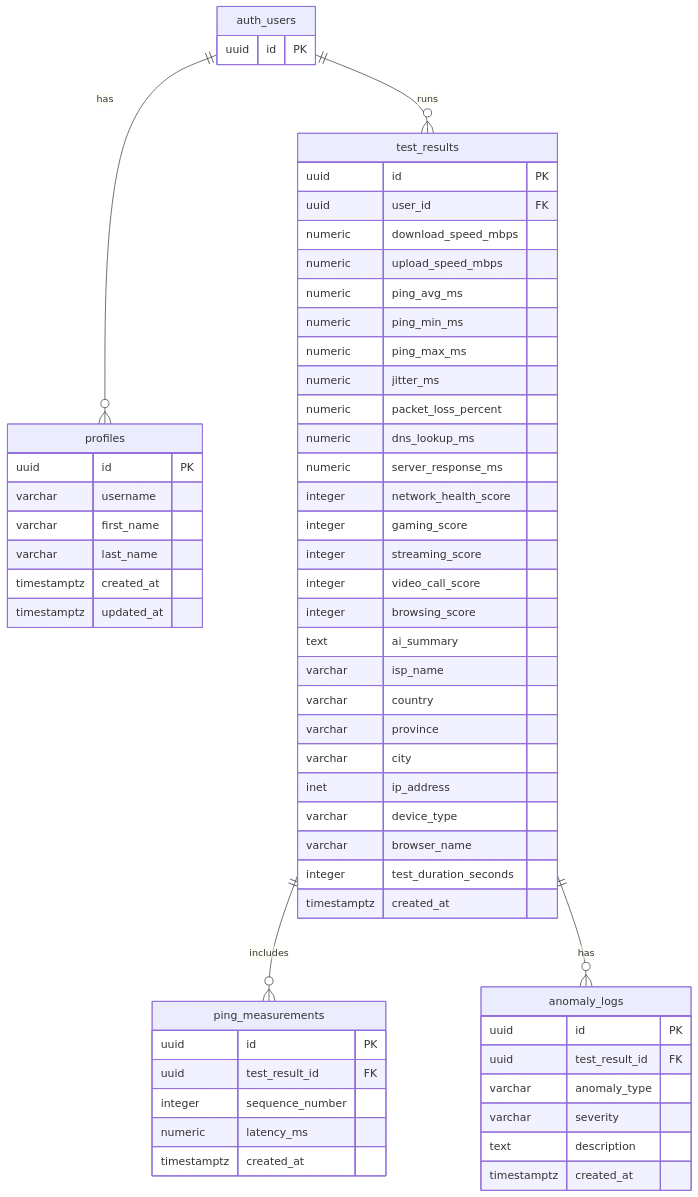
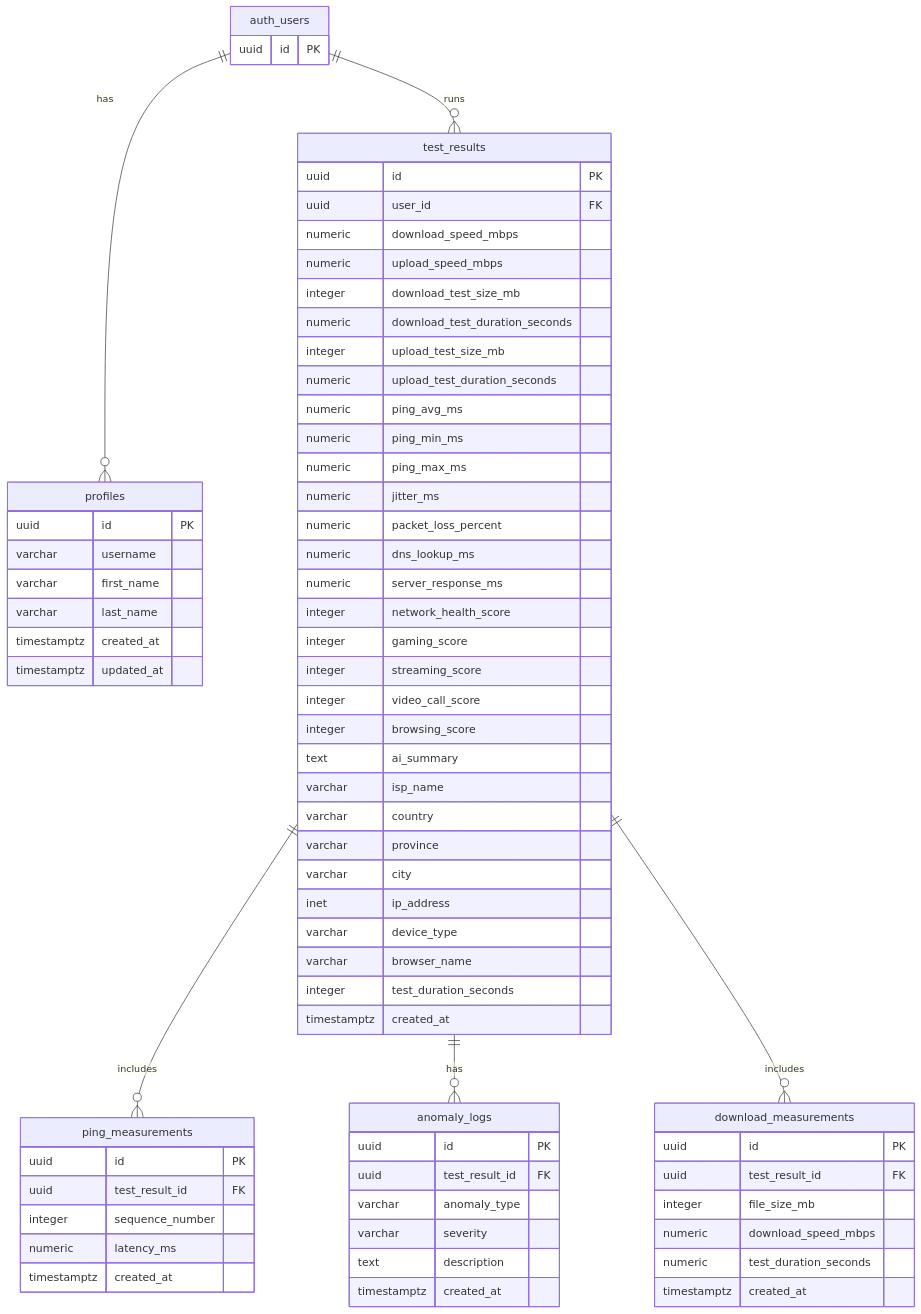
The diagram in server/src/docs/phase_one_schema.md (ClementPhoshoko/AI-Powered-CyberSecure-Network-Dashboard-for-ISP-Insights), drawn with Mermaid before and after one commit. The commit also changed 7 other files, not shown here.

First line of the commit message:
feat(speed-test): add download speed test API and backend logic

````diff
--- a/server/src/docs/phase_one_schema.md
+++ b/server/src/docs/phase_one_schema.md
@@ -3,66 +3,80 @@
 ```mermaid
 erDiagram
     auth_users ||--o{ profiles : "has"
     auth_users ||--o{ test_results : "runs"
     test_results ||--o{ ping_measurements : "includes"
     test_results ||--o{ anomaly_logs : "has"
+    test_results ||--o{ download_measurements : "includes"
 
     auth_users {
         uuid id PK
     }
 
     profiles {
         uuid id PK
         varchar username
         varchar first_name
         varchar last_name
         timestamptz created_at
         timestamptz updated_at
     }
 
     test_results {
         uuid id PK
         uuid user_id FK
         numeric download_speed_mbps
         numeric upload_speed_mbps
+        integer download_test_size_mb
+        numeric download_test_duration_seconds
+        integer upload_test_size_mb
+        numeric upload_test_duration_seconds
         numeric ping_avg_ms
         numeric ping_min_ms
         numeric ping_max_ms
         numeric jitter_ms
         numeric packet_loss_percent
         numeric dns_lookup_ms
         numeric server_response_ms
         integer network_health_score
         integer gaming_score
         integer streaming_score
         integer video_call_score
         integer browsing_score
         text ai_summary
         varchar isp_name
         varchar country
         varchar province
         varchar city
         inet ip_address
         varchar device_type
         varchar browser_name
         integer test_duration_seconds
         timestamptz created_at
     }
 
     ping_measurements {
         uuid id PK
         uuid test_result_id FK
         integer sequence_number
         numeric latency_ms
         timestamptz created_at
     }
 
     anomaly_logs {
         uuid id PK
         uuid test_result_id FK
         varchar anomaly_type
         varchar severity
         text description
         timestamptz created_at
     }
+
+    download_measurements {
+        uuid id PK
+        uuid test_result_id FK
+        integer file_size_mb
+        numeric download_speed_mbps
+        numeric test_duration_seconds
+        timestamptz created_at
+    }
 ```
````
